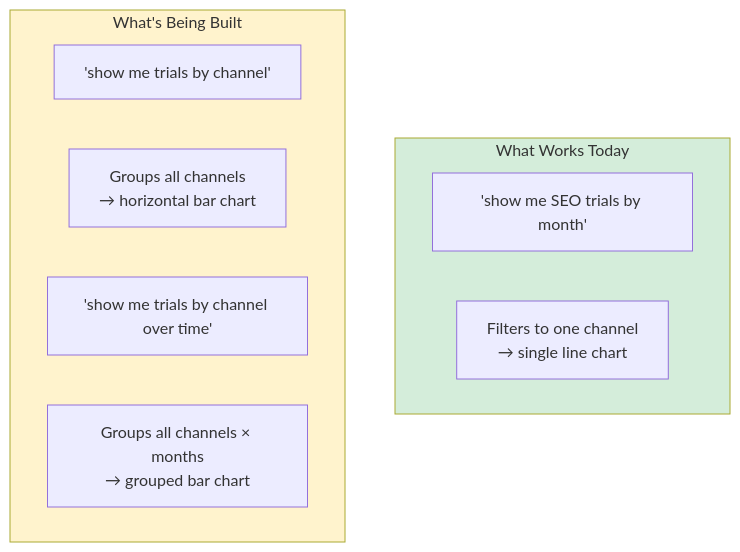
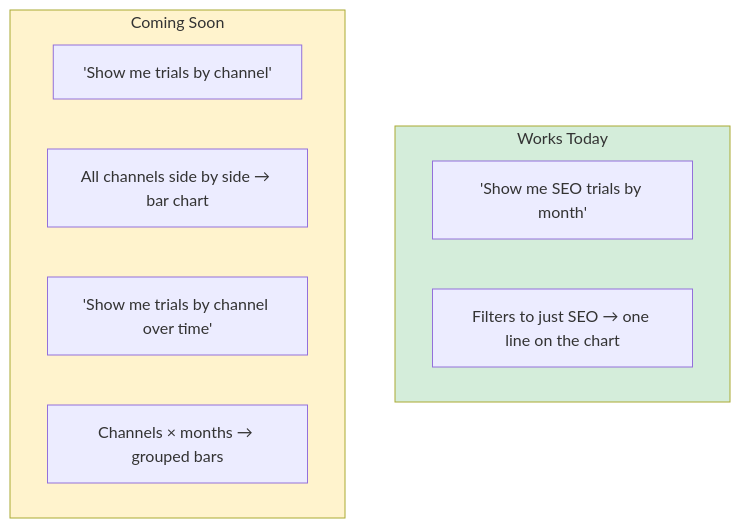
The third of 4 diagrams in docs/ai-chart-builder-architecture.md (nickperaltab/method-metrics), drawn with Mermaid before and after one commit. The commit also changed other lines of this file, not shown here.

First line of the commit message:
docs: simplify architecture doc for non-technical audience

````diff
--- a/docs/ai-chart-builder-architecture.md
+++ b/docs/ai-chart-builder-architecture.md
@@ -227,17 +59,17 @@
 ```mermaid
 flowchart TB
-    subgraph today["What Works Today"]
-        F1["'show me SEO trials by month'"]
-        F2["Filters to one channel\n→ single line chart"]
+    subgraph works["Works Today"]
+        F["'Show me SEO trials by month'"]
+        FR["Filters to just SEO → one line on the chart"]
     end
 
-    subgraph planned["What's Being Built"]
-        G1["'show me trials by channel'"]
-        G2["Groups all channels\n→ horizontal bar chart"]
-        G3["'show me trials by channel over time'"]
-        G4["Groups all channels × months\n→ grouped bar chart"]
+    subgraph coming["Coming Soon"]
+        G1["'Show me trials by channel'"]
+        GR1["All channels side by side → bar chart"]
+        G2["'Show me trials by channel over time'"]
+        GR2["Channels × months → grouped bars"]
     end
 
-    style today fill:#d4edda
-    style planned fill:#fff3cd
+    style works fill:#d4edda
+    style coming fill:#fff3cd
 ```
````
